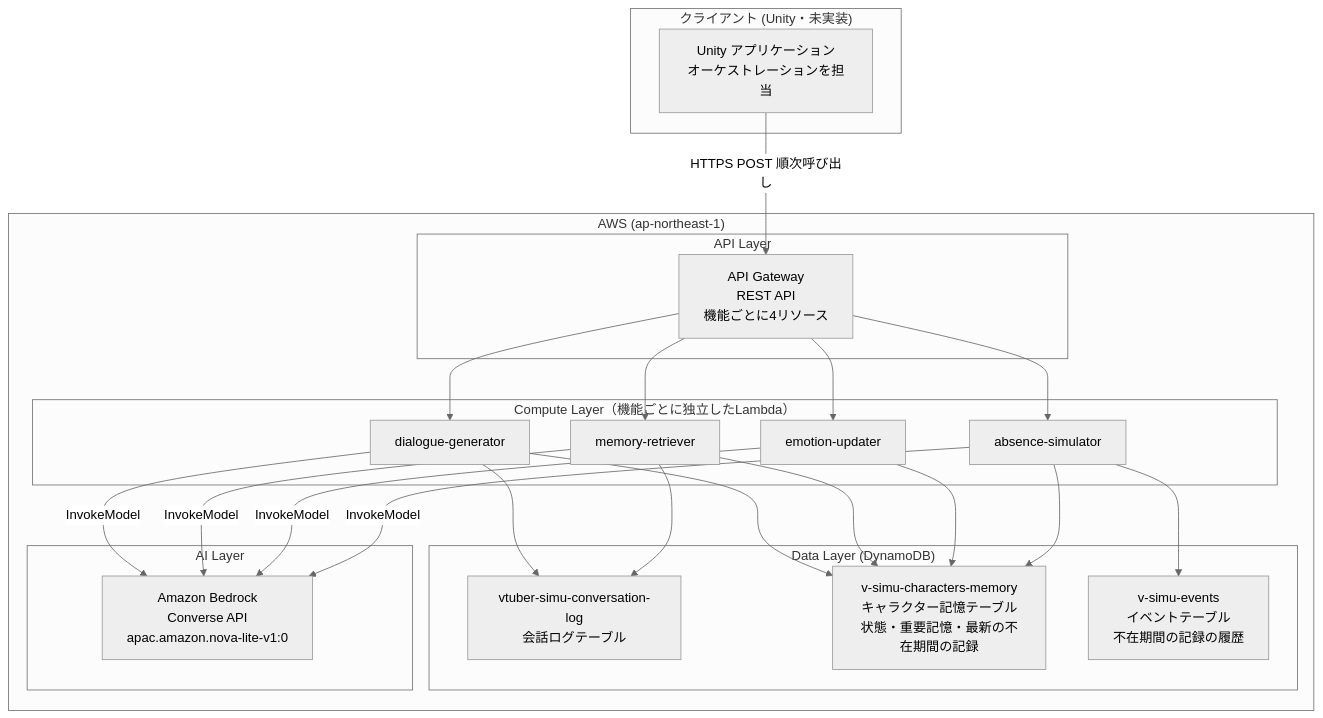
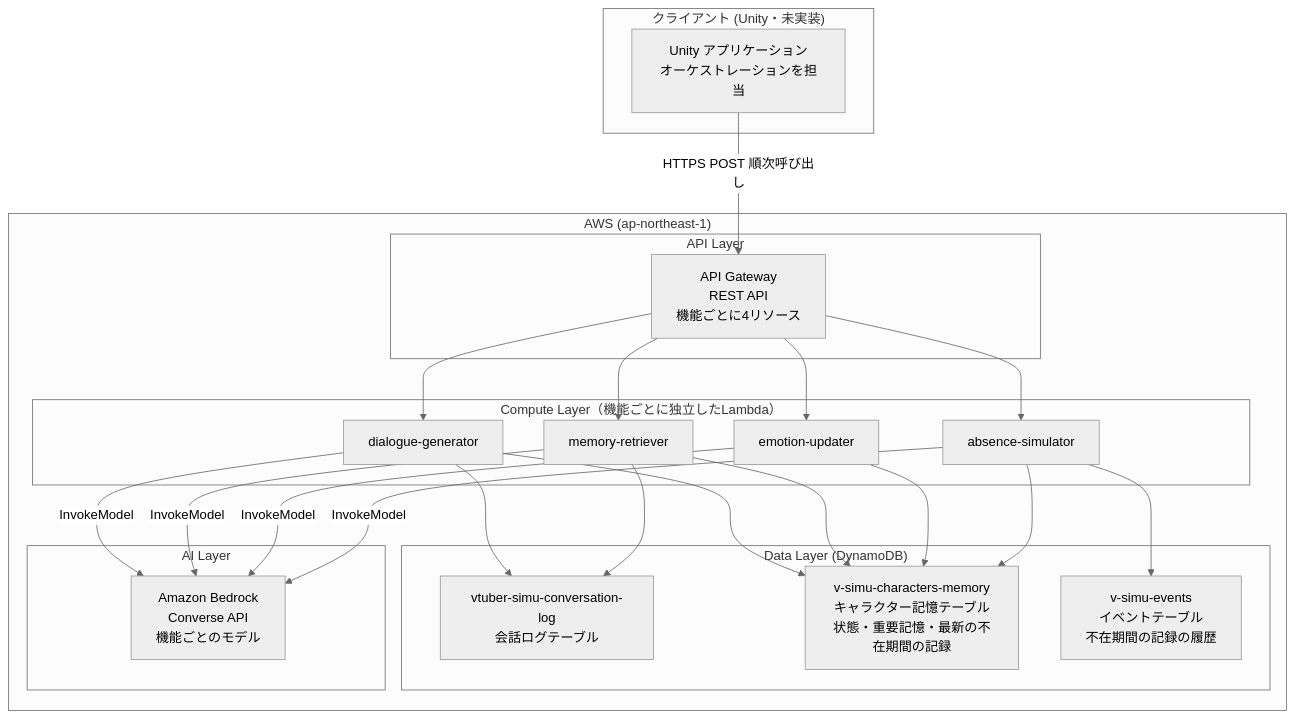
One commit to yatohana1231-ux/vtuber-simulator-api changed the first of 10 diagrams in README.md. Above: the diagram before and after it, drawn with Mermaid (neutral theme). The commit also changed other lines of this file and 4 other files, not shown here.

````diff
--- a/README.md
+++ b/README.md
@@ -123,37 +137,37 @@
 ```mermaid
 graph TB
     subgraph Client["クライアント (Unity・未実装)"]
         UNITY[Unity アプリケーション<br/>オーケストレーションを担当]
     end
 
     subgraph AWS["AWS (ap-northeast-1)"]
         subgraph APILayer["API Layer"]
             APIGW[API Gateway<br/>REST API<br/>機能ごとに4リソース]
         end
         subgraph ComputeLayer["Compute Layer（機能ごとに独立したLambda）"]
             L1[absence-simulator]
             L3[emotion-updater]
             L4[memory-retriever]
             L5[dialogue-generator]
         end
         subgraph DataLayer["Data Layer (DynamoDB)"]
             CONV_LOG[vtuber-simu-conversation-log<br/>会話ログテーブル]
             CHAR_MEM[v-simu-characters-memory<br/>キャラクター記憶テーブル<br/>状態・重要記憶・最新の不在期間の記録]
             EVENTS[v-simu-events<br/>イベントテーブル<br/>不在期間の記録の履歴]
         end
         subgraph AILayer["AI Layer"]
-            BEDROCK[Amazon Bedrock<br/>Converse API<br/>apac.amazon.nova-lite-v1:0]
+            BEDROCK[Amazon Bedrock<br/>Converse API<br/>機能ごとのモデル]
         end
     end
 
     UNITY -->|HTTPS POST 順次呼び出し| APIGW
     APIGW --> L1 & L3 & L4 & L5
     L1 --> CHAR_MEM
     L1 --> EVENTS
     L3 --> CHAR_MEM
     L4 --> CHAR_MEM
     L4 --> CONV_LOG
     L5 --> CHAR_MEM
     L5 --> CONV_LOG
     L1 & L3 & L4 & L5 -->|InvokeModel| BEDROCK
 ```
````
